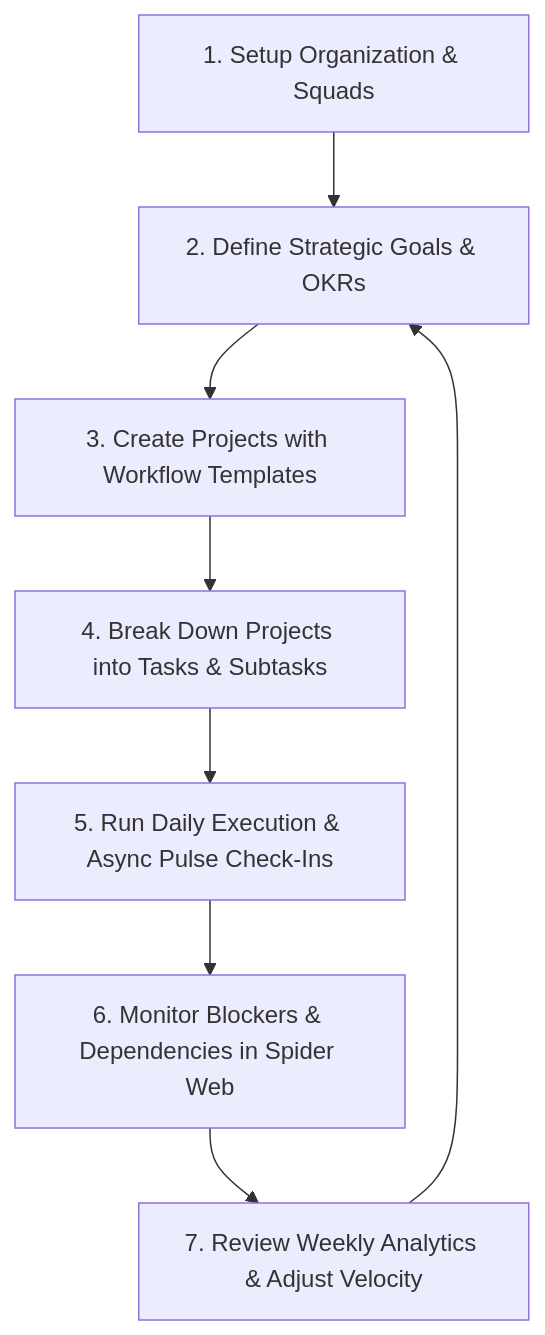
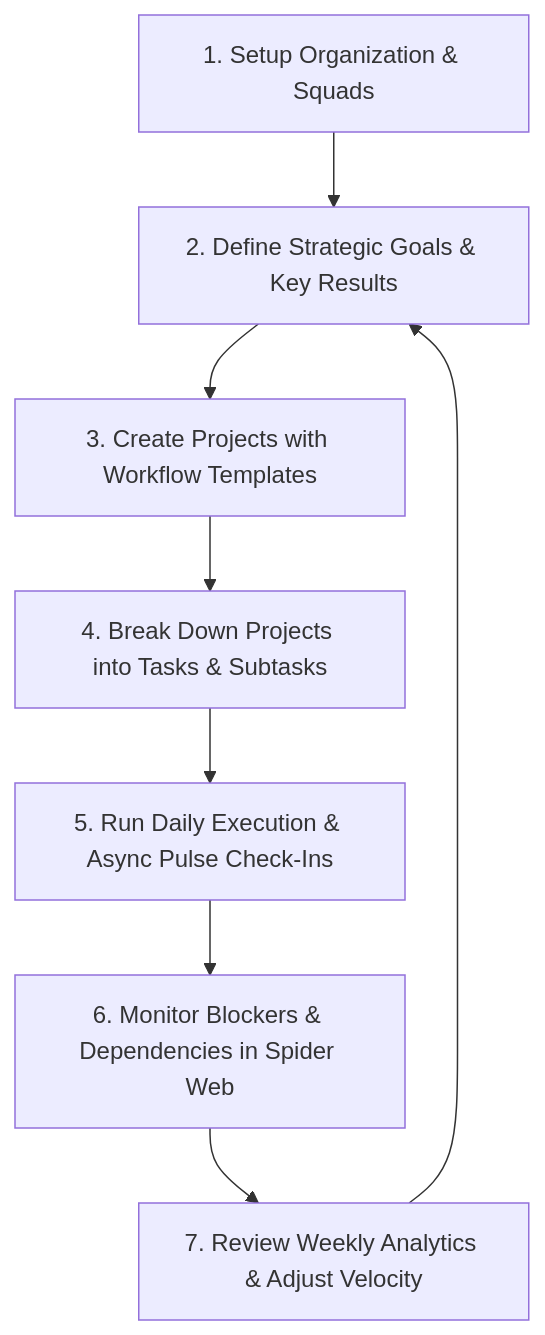
The diagram in PULSE_PRODUCT_GUIDE.md (MobileGamer-hq/Pulse-Frontend), drawn with Mermaid before and after one commit. The commit also changed other lines of this file and 58 other files, not shown here.

````diff
--- a/PULSE_PRODUCT_GUIDE.md
+++ b/PULSE_PRODUCT_GUIDE.md
@@ -182,10 +182,10 @@
 ```mermaid
 flowchart TD
-    A[1. Setup Organization & Squads] --> B[2. Define Strategic Goals & OKRs]
+    A[1. Setup Organization & Squads] --> B[2. Define Strategic Goals & Key Results]
     B --> C[3. Create Projects with Workflow Templates]
     C --> D[4. Break Down Projects into Tasks & Subtasks]
     D --> E[5. Run Daily Execution & Async Pulse Check-Ins]
     E --> F[6. Monitor Blockers & Dependencies in Spider Web]
     F --> G[7. Review Weekly Analytics & Adjust Velocity]
     G --> B
 ```
````
